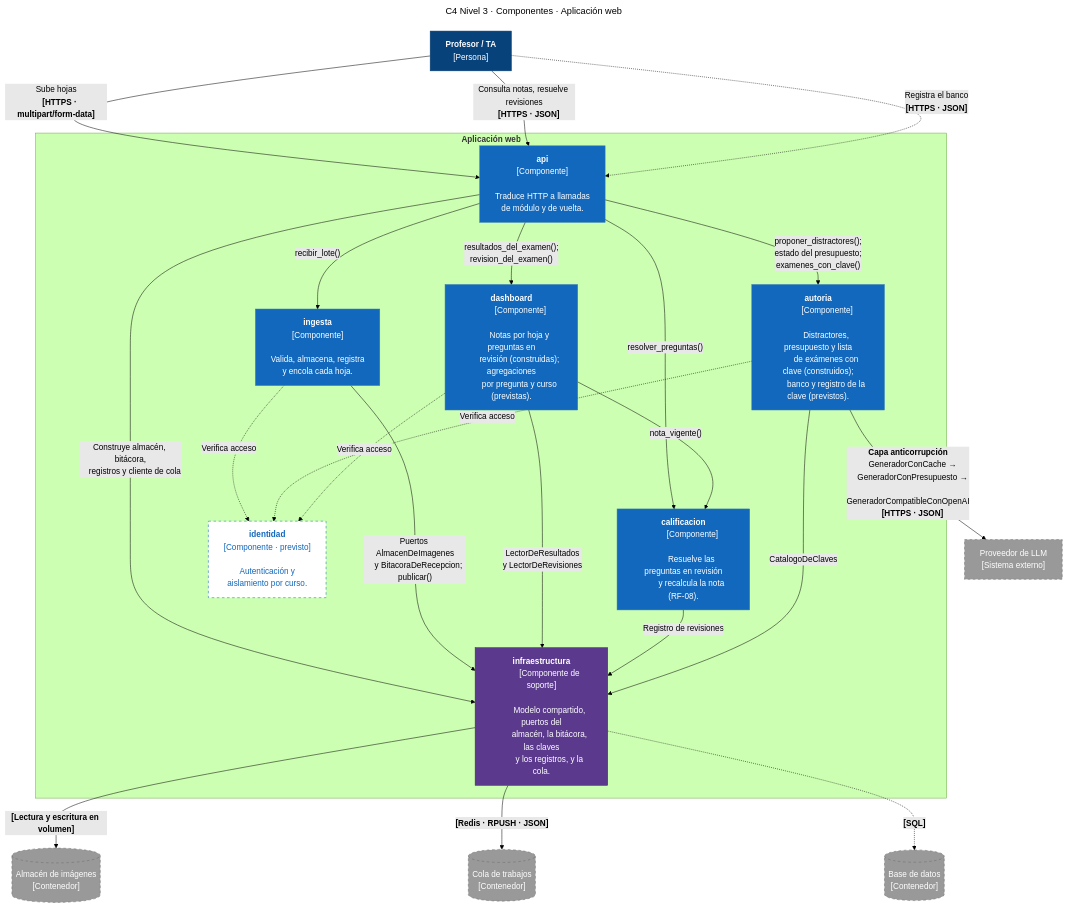
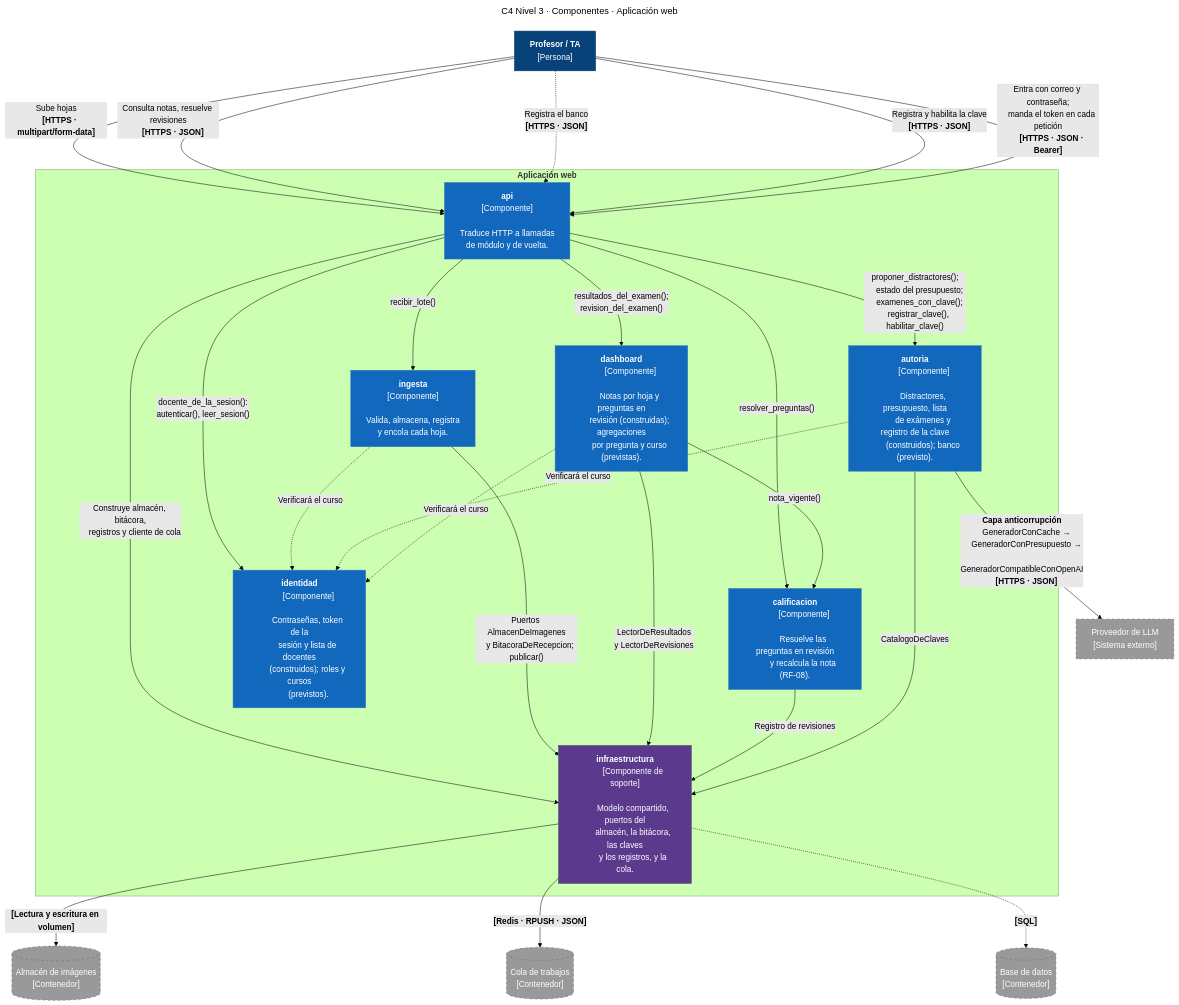
Before and after one commit to ISCOUTB/AS_202620_Sistema-de-calificacion-automatica: the third of 4 diagrams in docs/c4/doc-c4.md, drawn with Mermaid (forest theme). The commit also changed other lines of this file, not shown here.

Commit message:
docs(c4): identidad y el registro de la clave en el Nivel 3
En el Nivel 3 de la aplicación web, identidad deja de ser previsto: la API le pide la sesión en
cada ruta, y el profesor entra con correo y contraseña y manda el token. autoria registra y habilita
la clave, y el profesor la registra desde el sitio. El aislamiento por curso y el banco de
preguntas siguen punteados, como previstos.

````diff
--- a/docs/c4/doc-c4.md
+++ b/docs/c4/doc-c4.md
@@ -421,9 +421,9 @@
         autoria["<b>autoria</b>
         [Componente]
 
-        Distractores, presupuesto y lista
-        de exámenes con clave (construidos);
-        banco y registro de la clave (previstos)."]
+        Distractores, presupuesto, lista
+        de exámenes y registro de la clave
+        (construidos); banco (previsto)."]
 
         dashboard["<b>dashboard</b>
         [Componente]
@@ -439,10 +439,12 @@
         y recalcula la nota (RF-08)."]
 
         identidad["<b>identidad</b>
-        [Componente · previsto]
+        [Componente]
 
-        Autenticación y
-        aislamiento por curso."]
+        Contraseñas, token de la
+        sesión y lista de docentes
+        (construidos); roles y cursos
+        (previstos)."]
 
         infraestructura["<b>infraestructura</b>
         [Componente de soporte]
@@ -467,16 +469,24 @@
     <b>[HTTPS · JSON]</b>"| api
     profesor -.->|"Registra el banco
     <b>[HTTPS · JSON]</b>"| api
+    profesor -->|"Registra y habilita la clave
+    <b>[HTTPS · JSON]</b>"| api
+    profesor -->|"Entra con correo y contraseña;
+    manda el token en cada petición
+    <b>[HTTPS · JSON · Bearer]</b>"| api
 
     api -->|"recibir_lote()"| ingesta
     api -->|"Construye almacén, bitácora,
     registros y cliente de cola"| infraestructura
     api -->|"proponer_distractores();
     estado del presupuesto;
-    examenes_con_clave()"| autoria
+    examenes_con_clave();
+    registrar_clave(), habilitar_clave()"| autoria
     api -->|"resultados_del_examen();
     revision_del_examen()"| dashboard
     api -->|"resolver_preguntas()"| calificacion_web
+    api -->|"docente_de_la_sesion():
+    autenticar(), leer_sesion()"| identidad
 
     ingesta -->|"Puertos AlmacenDeImagenes
     y BitacoraDeRecepcion; publicar()"| infraestructura
@@ -485,9 +495,9 @@
     y LectorDeRevisiones"| infraestructura
     calificacion_web -->|"Registro de revisiones"| infraestructura
     autoria -->|"CatalogoDeClaves"| infraestructura
-    ingesta -.->|"Verifica acceso"| identidad
-    autoria -.->|"Verifica acceso"| identidad
-    dashboard -.->|"Verifica acceso"| identidad
+    ingesta -.->|"Verificará el curso"| identidad
+    autoria -.->|"Verificará el curso"| identidad
+    dashboard -.->|"Verificará el curso"| identidad
 
     infraestructura -->|"<b>[Lectura y escritura en volumen]</b>"| imagenes
     infraestructura -->|"<b>[Redis · RPUSH · JSON]</b>"| cola
@@ -506,8 +516,7 @@
     classDef external fill:#999999,stroke:#6B6B6B,color:#ffffff,stroke-dasharray: 5 5
 
     class profesor person
-    class api,ingesta,autoria,dashboard,calificacion_web component
-    class identidad previsto
+    class api,ingesta,autoria,dashboard,calificacion_web,identidad component
     class infraestructura soporte
     class imagenes,cola,db,llm external
 ```
````
